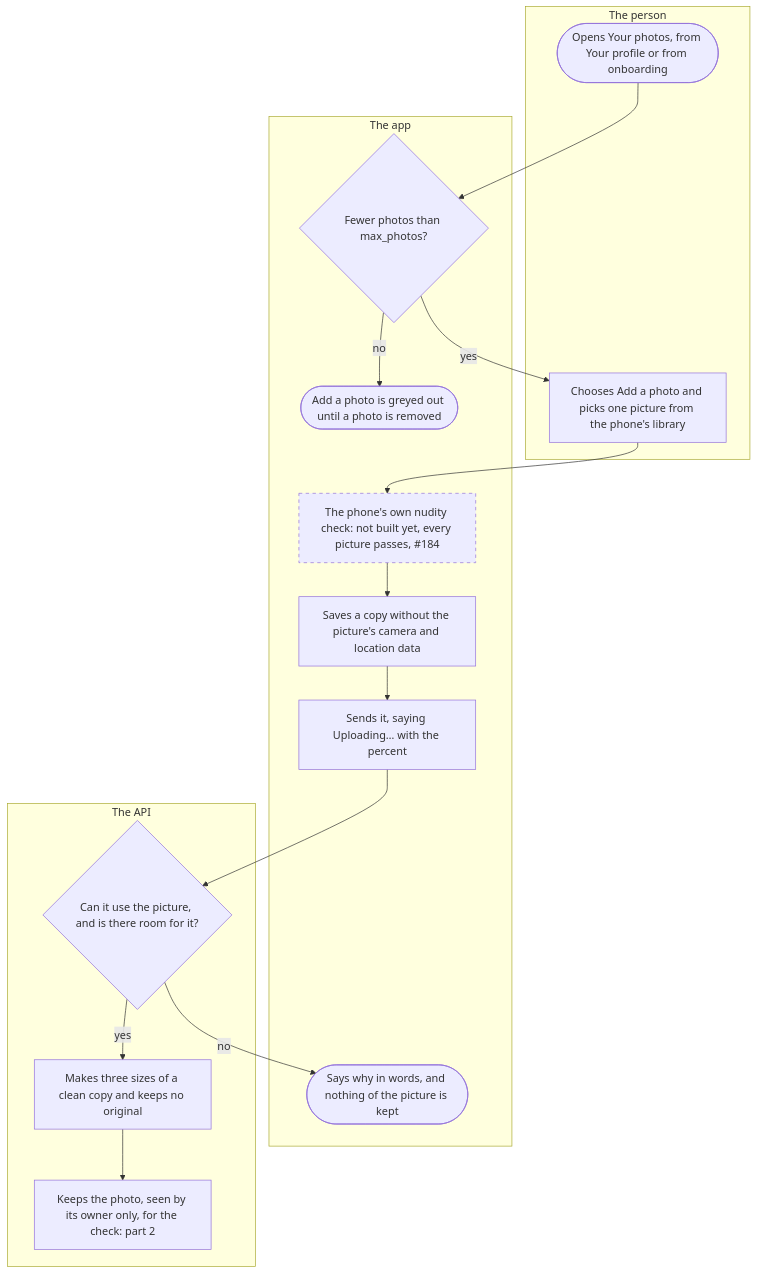
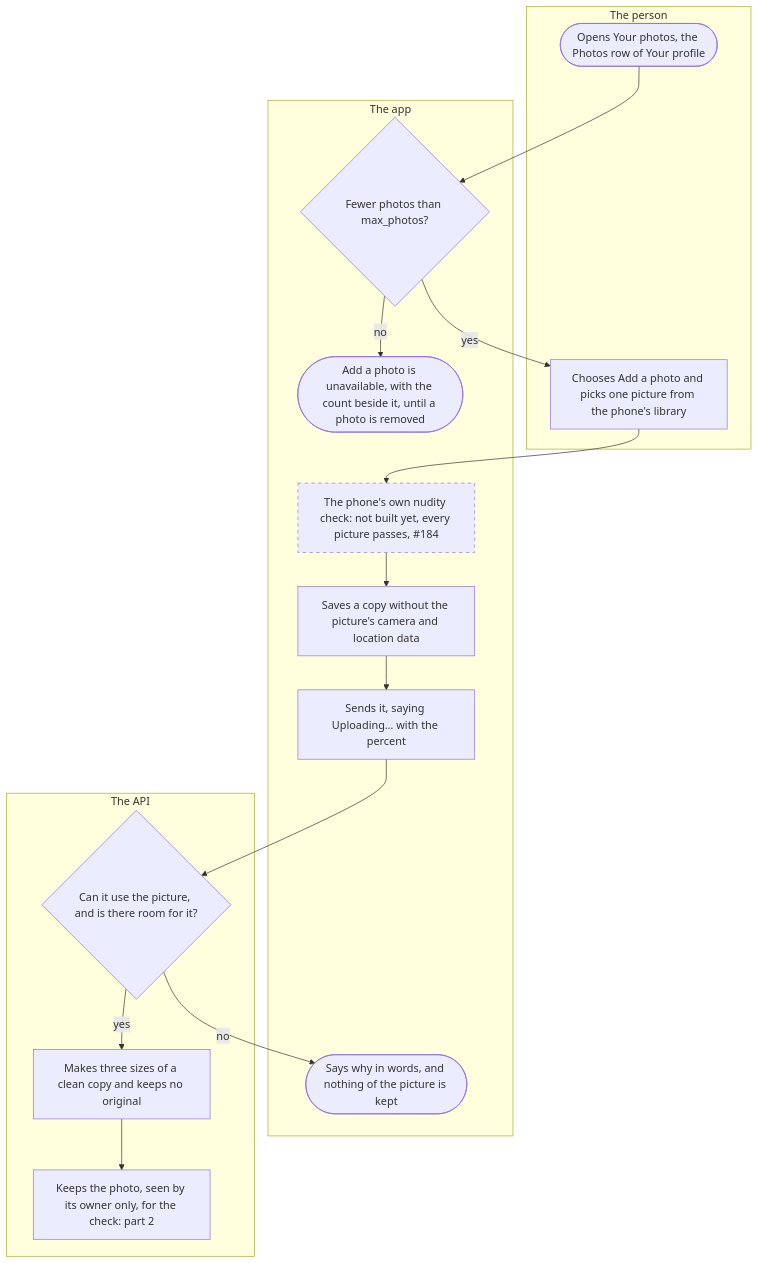
The first of 7 diagrams in docs/flows/photos.md (kuutti-ry/kuutti-app), drawn with Mermaid before and after one commit. The commit also changed other lines of this file and 41 other files, not shown here.

First line of the commit message:
Redraw the user flows against today's main, held by check:docs

````diff
--- a/docs/flows/photos.md
+++ b/docs/flows/photos.md
@@ -7,33 +30,33 @@
 ```mermaid
 flowchart TB
-  accTitle: Photos, part 1
-  accDescr: The person opens Your photos and, below the limit of max_photos, picks one picture from the phone's library. The app sends a copy without its camera and location data, and the API refuses what it cannot use or has no room for, or makes three sizes of a clean copy, keeps no original and hands the photo to the automatic check.
+  accTitle: Photos, part 1: adding a photo
+  accDescr: The person opens Your photos from the profile and, below the limit of max_photos, picks one picture from the phone's library. The app sends a copy without its camera and location data, and the API refuses what it cannot use or has no room for, or makes three sizes of a clean copy, keeps no original and hands the photo to the automatic check.
   subgraph person["The person"]
-    s1(["Opens Your photos, from Your profile or from onboarding"])
+    s1(["Opens Your photos, the Photos row of Your profile"])
     s4["Chooses Add a photo and picks one picture from the phone's library"]
   end
   subgraph app["The app"]
     s2{"Fewer photos than max_photos?"}
-    s3(["Add a photo is greyed out until a photo is removed"])
+    s3(["Add a photo is unavailable, with the count beside it, until a photo is removed"])
     s5["The phone's own nudity check: not built yet, every picture passes, #184"]:::notbuilt
     s6["Saves a copy without the picture's camera and location data"]
     s7["Sends it, saying Uploading… with the percent"]
     s9(["Says why in words, and nothing of the picture is kept"])
   end
   subgraph api["The API"]
     s8{"Can it use the picture, and is there room for it?"}
     s10["Makes three sizes of a clean copy and keeps no original"]
     s11["Keeps the photo, seen by its owner only, for the check: part 2"]
   end
   s1 --> s2
   s2 -->|"yes"| s4
   s2 -->|"no"| s3
   s4 --> s5
   s5 --> s6
   s6 --> s7
   s7 --> s8
   s8 -->|"no"| s9
   s8 -->|"yes"| s10
   s10 --> s11
   classDef notbuilt stroke-dasharray: 5 5
 ```
````
